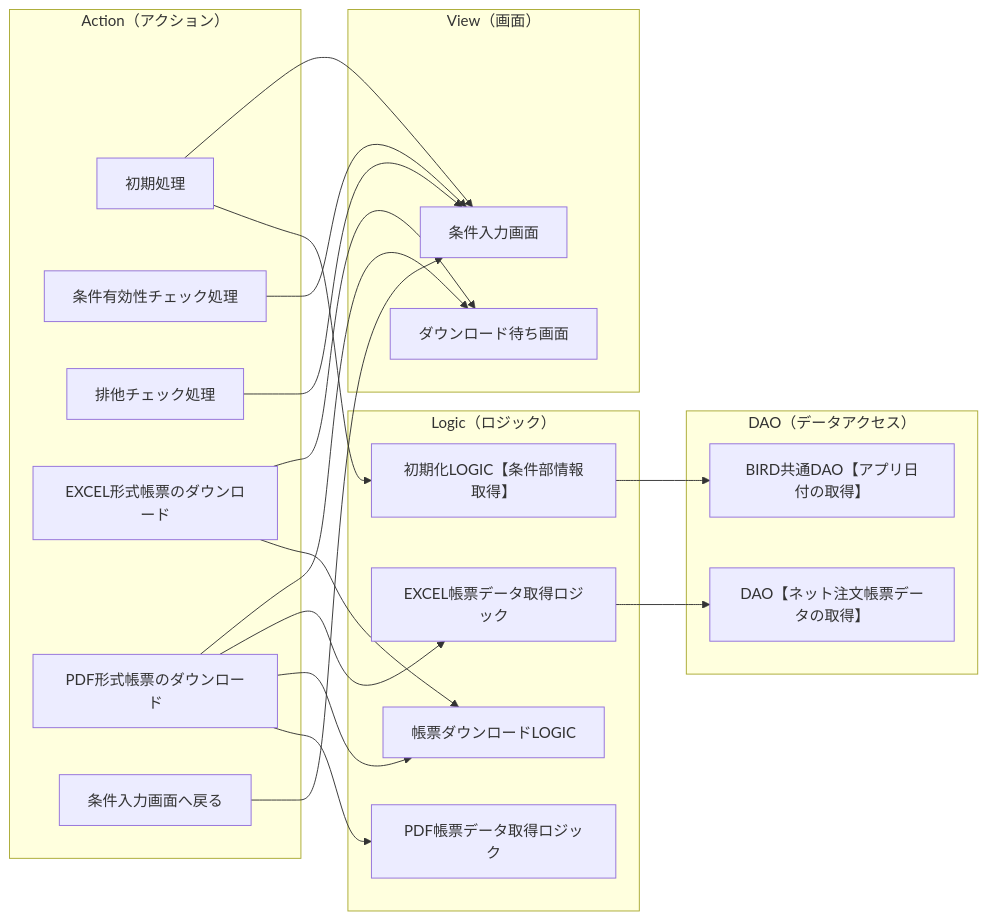
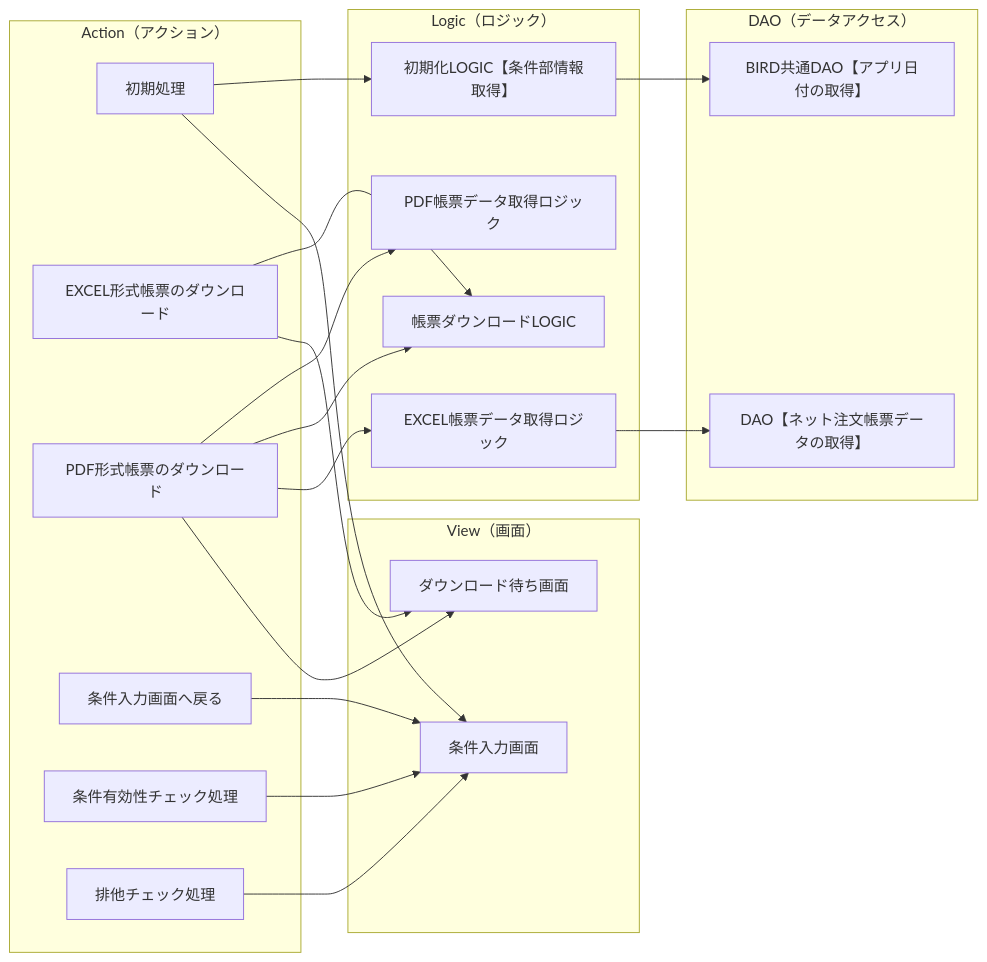
One commit to g-ex-mos-op/Mos-PoC-Takamatsu changed the diagram in Migration/Documents/ネット注文帳票/DN-030110-021.02 画面設計書(ネット注文帳票).md. Above: the diagram before and after it, drawn with Mermaid. The commit also changed other lines of this file, not shown here.

````diff
--- a/Migration/Documents/ネット注文帳票/DN-030110-021.02 画面設計書(ネット注文帳票).md
+++ b/Migration/Documents/ネット注文帳票/DN-030110-021.02 画面設計書(ネット注文帳票).md
@@ -182,38 +191,38 @@
 ```mermaid
 flowchart LR
     subgraph View["View（画面）"]
         N10243["条件入力画面"]
         N13["ダウンロード待ち画面"]
     end
     subgraph Action["Action（アクション）"]
         N10249["初期処理"]
-        N44["条件有効性チェック処理"]
-        N38["排他チェック処理"]
         N10250["EXCEL形式帳票のダウンロード"]
         N12["PDF形式帳票のダウンロード"]
         N39["条件入力画面へ戻る"]
+        N44["条件有効性チェック処理"]
+        N38["排他チェック処理"]
     end
     subgraph Logic["Logic（ロジック）"]
         N21["初期化LOGIC【条件部情報取得】"]
+        N22["帳票ダウンロードLOGIC"]
         N32["EXCEL帳票データ取得ロジック"]
-        N22["帳票ダウンロードLOGIC"]
         N34["PDF帳票データ取得ロジック"]
     end
     subgraph DAO["DAO（データアクセス）"]
         N27["BIRD共通DAO【アプリ日付の取得】"]
         N33["DAO【ネット注文帳票データの取得】"]
     end
     N10249 --> N10243
     N10250 --> N13
     N10249 --> N21
     N12 --> N13
     N21 --> N27
     N32 --> N33
     N10250 --> N22
     N12 --> N32
     N39 --> N10243
     N12 --> N22
     N12 --> N34
     N44 --> N10243
     N38 --> N10243
 ```
````
